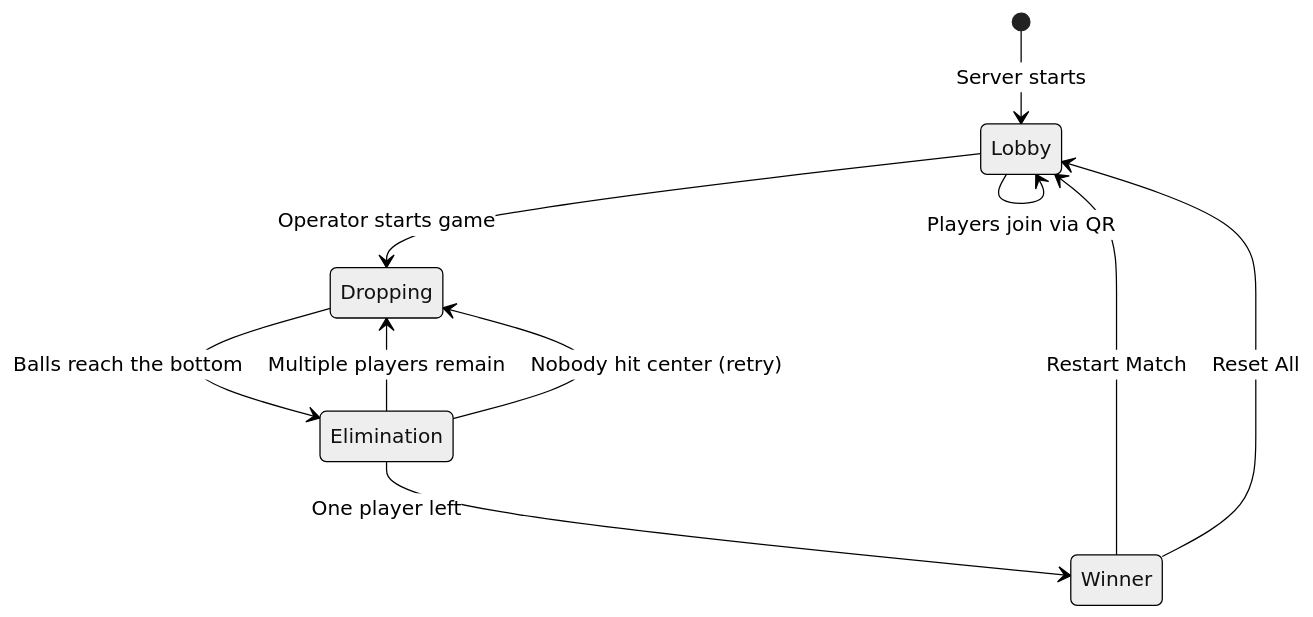
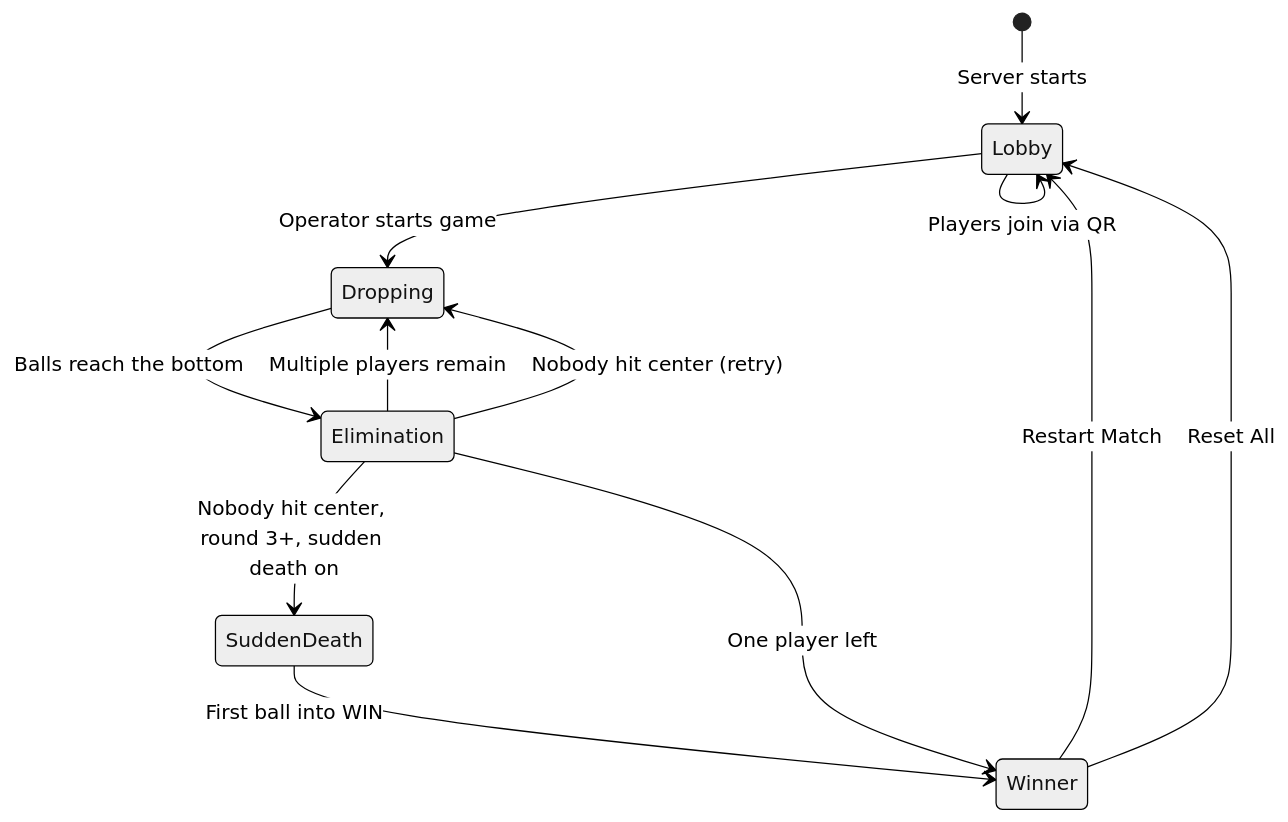
One commit to hanley-tech/luckydrop changed the second of 2 diagrams in README.md. Above: the diagram before and after it, drawn with Mermaid (neutral theme). The commit also changed other lines of this file and 33 other files, not shown here.

First line of the commit message:
Add optional sudden death for a no-winner final round

````diff
--- a/README.md
+++ b/README.md
@@ -82,14 +83,16 @@
 ```mermaid
 stateDiagram-v2
     [*] --> Lobby: Server starts
     Lobby --> Dropping: Operator starts game
     Dropping --> Elimination: Balls reach the bottom
 
     Elimination --> Dropping: Multiple players remain
     Elimination --> Dropping: Nobody hit center (retry)
+    Elimination --> SuddenDeath: Nobody hit center, round 3+, sudden death on
+    SuddenDeath --> Winner: First ball into WIN
     Elimination --> Winner: One player left
 
     Winner --> Lobby: Restart Match
     Winner --> Lobby: Reset All
     Lobby --> Lobby: Players join via QR
 ```
````
